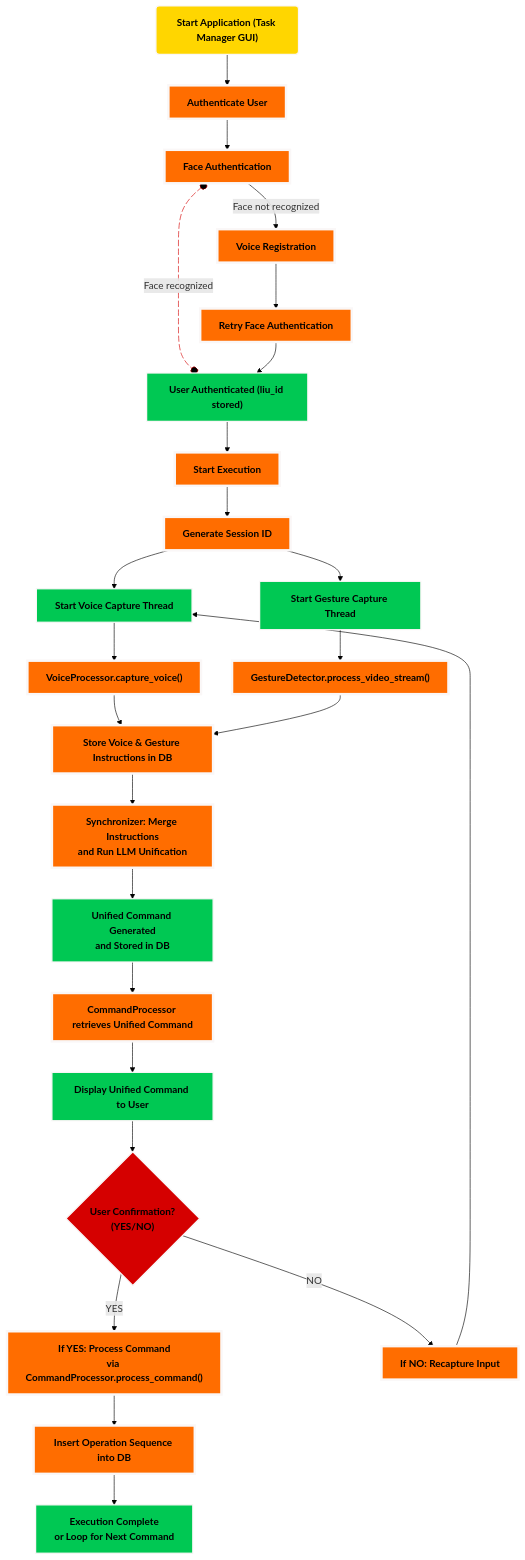
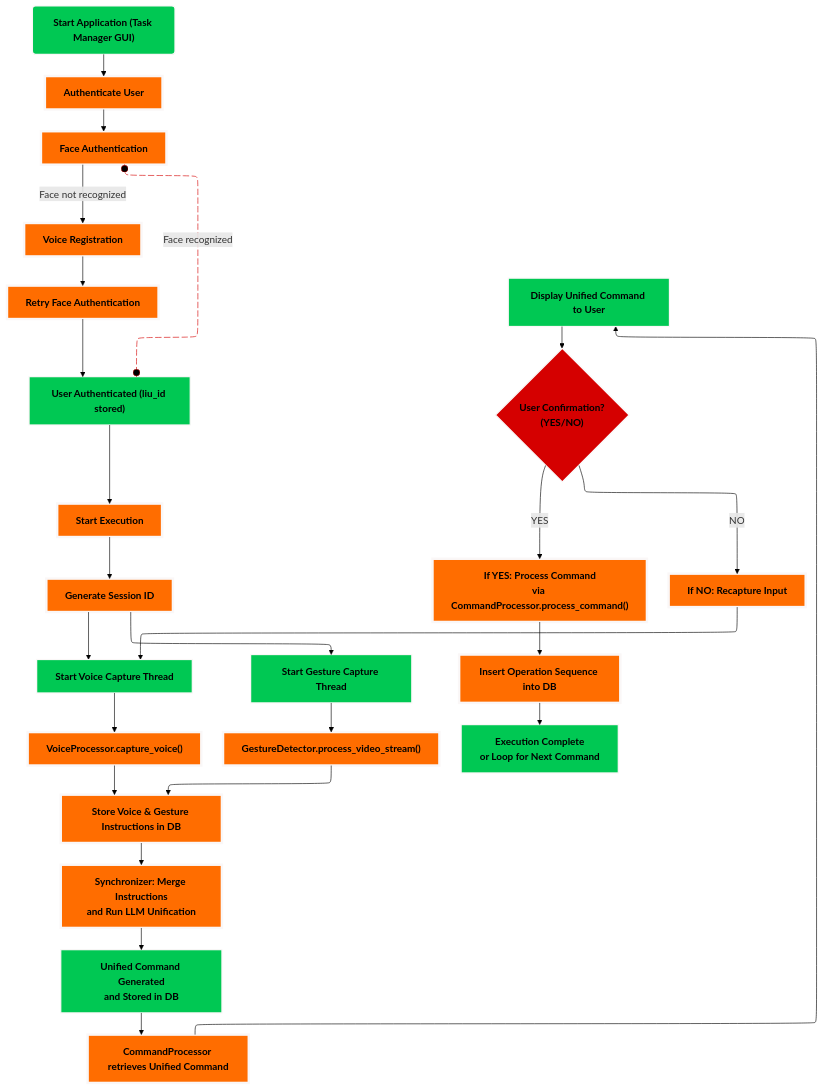
One commit to oscik559/mini_project_repo changed the diagram in src/mini_project/workflow/flowchart.mmd. Above: the diagram before and after it, drawn with Mermaid. The commit also changed 18 other files, not shown here.

```diff
--- a/src/mini_project/workflow/flowchart.mmd
+++ b/src/mini_project/workflow/flowchart.mmd
@@ -1,67 +1,64 @@
 ---
 config:
   look: classic
   theme: mc
-  layout: fixed
+  layout: elk
   themeVariables:
     primaryColor: '#000'
     primaryTextColor: '#fff'
     primaryBorderColor: '#7C0000'
     lineColor: '#000000'
     secondaryColor: '#000000'
     tertiaryColor: '#0000'
 ---
 flowchart TD
-    A["Start Application (Task Manager GUI)"] --> B["Authenticate User"]
+    A("Start Application (Task Manager GUI)") --> B["Authenticate User"]
     B --> C["Face Authentication"]
     C L_C_F_0@o-- Face recognized --o F["User Authenticated (liu_id stored)"]
     C -- Face not recognized --> D["Voice Registration"]
     D --> E["Retry Face Authentication"]
     E --> F
     F --> G["Start Execution"]
     G --> H["Generate Session ID"]
     H --> I["Start Voice Capture Thread"] & J["Start Gesture Capture Thread"]
     I --> K["VoiceProcessor.capture_voice()"]
     J --> L["GestureDetector.process_video_stream()"]
     K --> M["Store Voice & Gesture Instructions in DB"]
     L --> M
     M --> N["Synchronizer: Merge Instructions<br>and Run LLM Unification"]
     N --> O["Unified Command Generated<br>and Stored in DB"]
     O --> P["CommandProcessor retrieves Unified Command"]
     P --> Q["Display Unified Command to User"]
     Q --> R{"User Confirmation?<br>(YES/NO)"}
     R -- YES --> S["If YES: Process Command<br>via CommandProcessor.process_command()"]
     R -- NO --> U["If NO: Recapture Input"]
     S --> T["Insert Operation Sequence into DB"]
     T --> V["Execution Complete<br>or Loop for Next Command"]
     U --> I
-    A@{ shape: rounded}
      A:::nodeStyle
      B:::processStyle
      C:::processStyle
      F:::nodeStyle
      D:::processStyle
      E:::processStyle
      G:::processStyle
      H:::processStyle
      I:::nodeStyle
      J:::nodeStyle
      K:::processStyle
      L:::processStyle
      M:::processStyle
      N:::processStyle
      O:::nodeStyle
      P:::processStyle
      Q:::nodeStyle
      R:::decisionStyle
      S:::processStyle
      U:::processStyle
      T:::processStyle
      V:::nodeStyle
     classDef nodeStyle fill:#00C853, stroke:#faf7f7, stroke-width:2px, font-weight:bold, color:#000000
+    classDef processStyle fill:#FF6D00, stroke:#faf7f7, stroke-width:4px, font-weight:bold, color:#000000, stroke-dasharray: 0
     classDef decisionStyle fill:#D50000, stroke:#faf7f7, stroke-width:2px, font-weight:bold, color:#000000
-    classDef processStyle fill:#FF6D00, stroke:#faf7f7, stroke-width:4px, font-weight:bold, color:#000000, stroke-dasharray: 0
-    style A fill:#FFD600
     linkStyle 2 stroke:#D50000,fill:none
-    linkStyle 18 stroke:#000000,fill:none
     L_C_F_0@{ animation: slow }
```
